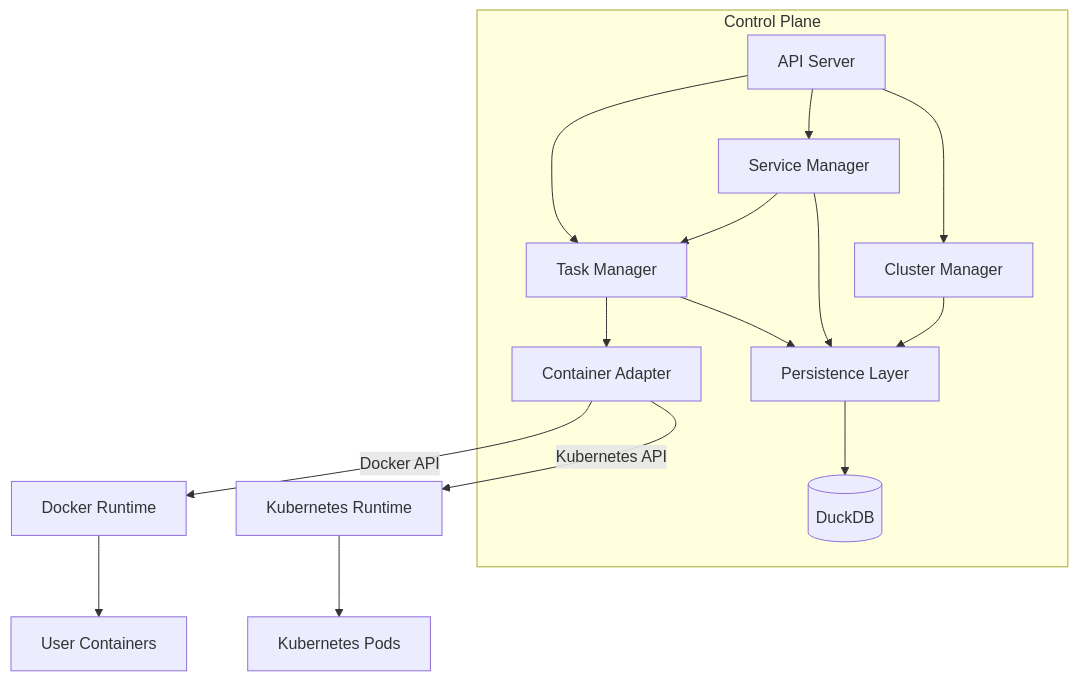
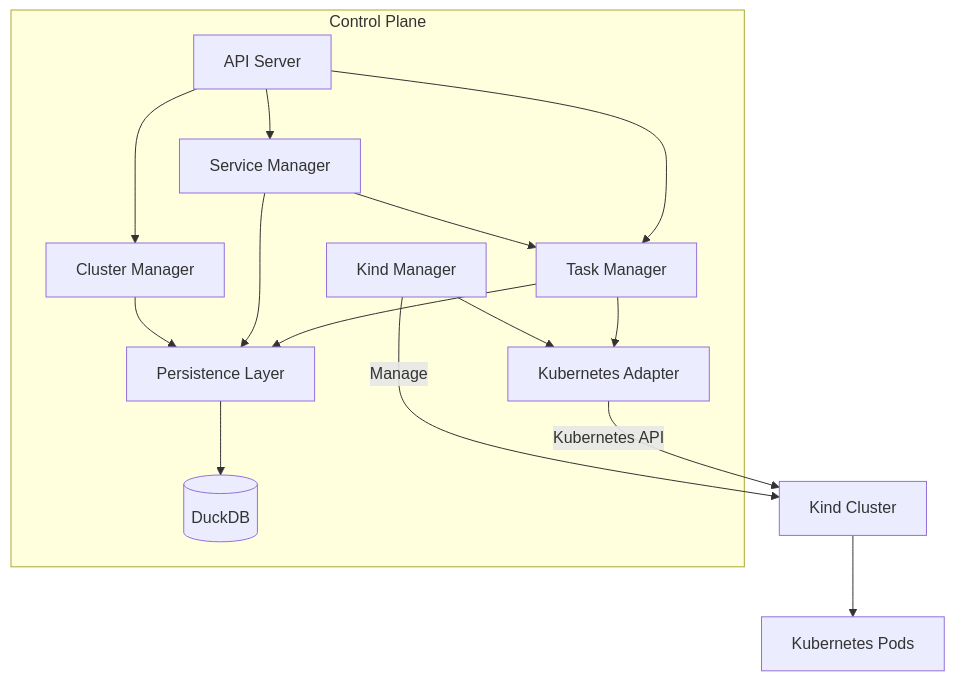
Before and after one commit to nandemo-ya/kecs: the second of 4 diagrams in docs/adr/records/0002-architecture.md, drawn with Mermaid. The commit also changed other lines of this file, not shown here.

First line of the commit message:
Update architecture to use Kubernetes (kind) as exclusive container runtime

````diff
--- a/docs/adr/records/0002-architecture.md
+++ b/docs/adr/records/0002-architecture.md
@@ -47,23 +59,24 @@
 ```mermaid
 graph TD
     subgraph "Control Plane"
         API[API Server] --> TaskManager[Task Manager]
         API --> ServiceManager[Service Manager]
         API --> ClusterManager[Cluster Manager]
         
-        TaskManager --> ContainerAdapter[Container Adapter]
+        TaskManager --> K8sAdapter[Kubernetes Adapter]
         ServiceManager --> TaskManager
         
         TaskManager --> Persistence[Persistence Layer]
         ServiceManager --> Persistence
         ClusterManager --> Persistence
         
         Persistence --> DuckDB[(DuckDB)]
+        
+        KindManager[Kind Manager] --> K8sAdapter
     end
     
-    ContainerAdapter -->|Docker API| DockerRuntime[Docker Runtime]
-    ContainerAdapter -->|Kubernetes API| K8sRuntime[Kubernetes Runtime]
+    K8sAdapter -->|Kubernetes API| KindCluster[Kind Cluster]
+    KindManager -->|Manage| KindCluster
     
-    DockerRuntime --> Containers[User Containers]
-    K8sRuntime --> Pods[Kubernetes Pods]
+    KindCluster --> Pods[Kubernetes Pods]
 ```
````
